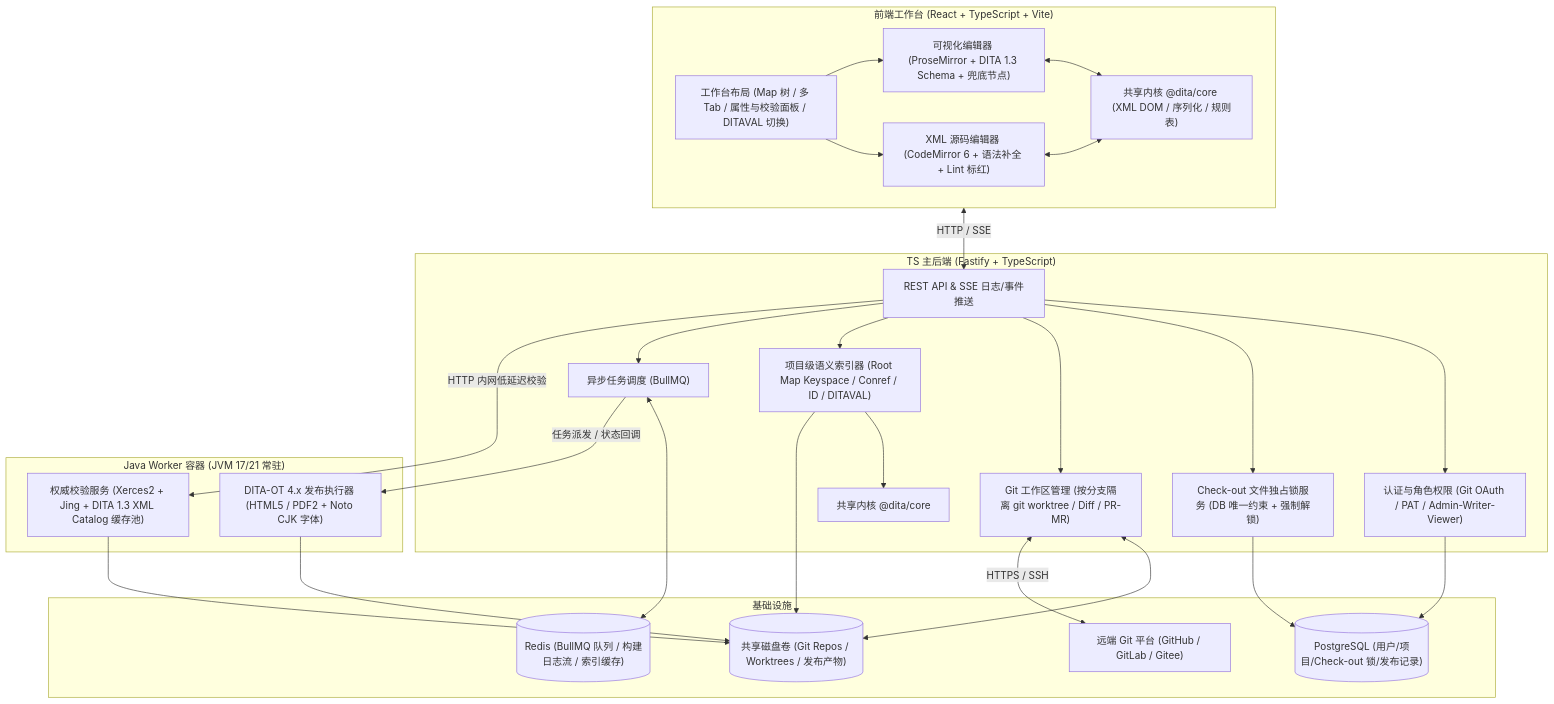
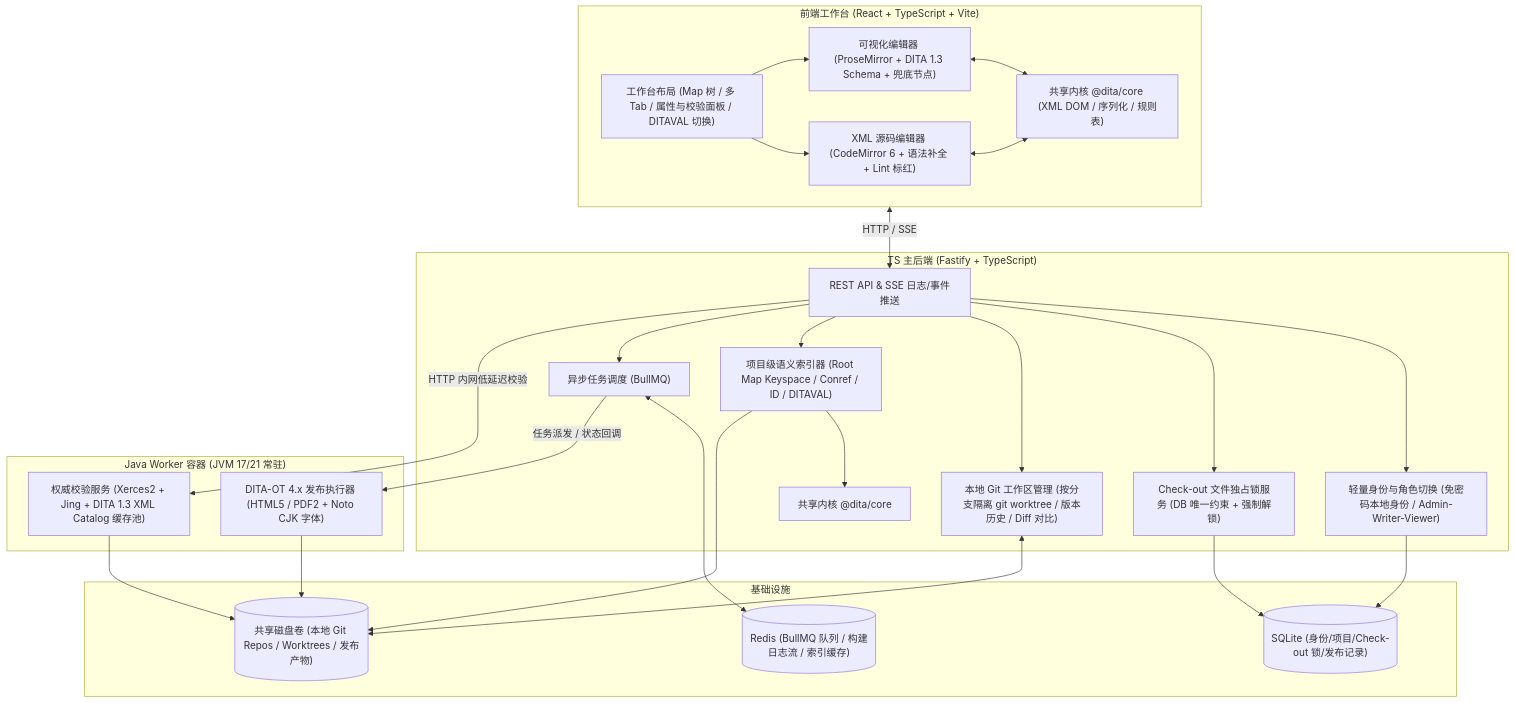
Before and after one commit to Ericfeng84/DITAEditor: the first of 2 diagrams in docs/architecture-and-plan.md, drawn with Mermaid. The commit also changed other lines of this file and 1 other file, not shown here.

Commit message:
docs: revise Phase 4 to local Git, SQLite, and lightweight identity

````diff
--- a/docs/architecture-and-plan.md
+++ b/docs/architecture-and-plan.md
@@ -30,53 +30,51 @@
 ```mermaid
 flowchart TB
     subgraph Client["前端工作台 (React + TypeScript + Vite)"]
         UI["工作台布局 (Map 树 / 多 Tab / 属性与校验面板 / DITAVAL 切换)"]
         PM["可视化编辑器 (ProseMirror + DITA 1.3 Schema + 兜底节点)"]
         CM["XML 源码编辑器 (CodeMirror 6 + 语法补全 + Lint 标红)"]
         CoreFE["共享内核 @dita/core (XML DOM / 序列化 / 规则表)"]
         UI --> PM
         UI --> CM
         PM <--> CoreFE
         CM <--> CoreFE
     end
 
     subgraph Server["TS 主后端 (Fastify + TypeScript)"]
         API["REST API & SSE 日志/事件推送"]
-        Auth["认证与角色权限 (Git OAuth / PAT / Admin-Writer-Viewer)"]
+        Auth["轻量身份与角色切换 (免密码本地身份 / Admin-Writer-Viewer)"]
         Lock["Check-out 文件独占锁服务 (DB 唯一约束 + 强制解锁)"]
-        GitMgr["Git 工作区管理 (按分支隔离 git worktree / Diff / PR-MR)"]
+        GitMgr["本地 Git 工作区管理 (按分支隔离 git worktree / 版本历史 / Diff 对比)"]
         Indexer["项目级语义索引器 (Root Map Keyspace / Conref / ID / DITAVAL)"]
         Queue["异步任务调度 (BullMQ)"]
         CoreBE["共享内核 @dita/core"]
         API --> Auth
         API --> Lock
         API --> GitMgr
         API --> Indexer
         API --> Queue
         Indexer --> CoreBE
     end
 
     subgraph JavaWorker["Java Worker 容器 (JVM 17/21 常驻)"]
         ValSvc["权威校验服务 (Xerces2 + Jing + DITA 1.3 XML Catalog 缓存池)"]
         PubSvc["DITA-OT 4.x 发布执行器 (HTML5 / PDF2 + Noto CJK 字体)"]
     end
 
     subgraph Infra["基础设施"]
-        PG[("PostgreSQL (用户/项目/Check-out 锁/发布记录)")]
+        DB[("SQLite (身份/项目/Check-out 锁/发布记录)")]
         Redis[("Redis (BullMQ 队列 / 构建日志流 / 索引缓存)")]
-        FS[("共享磁盘卷 (Git Repos / Worktrees / 发布产物)")]
-        GitRemote["远端 Git 平台 (GitHub / GitLab / Gitee)"]
+        FS[("共享磁盘卷 (本地 Git Repos / Worktrees / 发布产物)")]
     end
 
     Client <-->|"HTTP / SSE"| API
-    Lock --> PG
-    Auth --> PG
+    Lock --> DB
+    Auth --> DB
     Queue <--> Redis
     GitMgr <--> FS
-    GitMgr <-->|"HTTPS / SSH"| GitRemote
     Indexer --> FS
     API -->|"HTTP 内网低延迟校验"| ValSvc
     Queue -->|"任务派发 / 状态回调"| PubSvc
     ValSvc --> FS
     PubSvc --> FS
 ```
````
